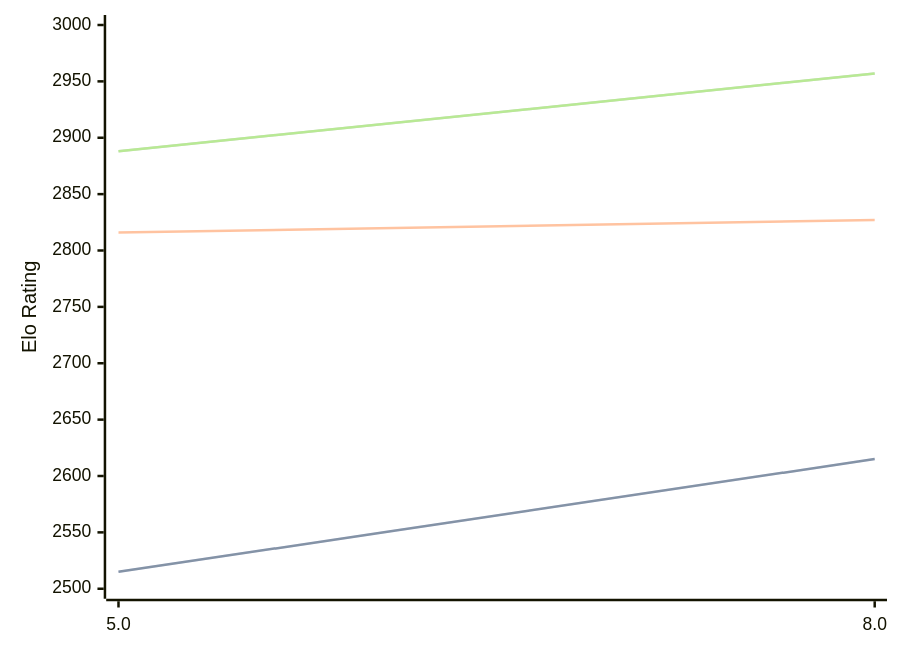
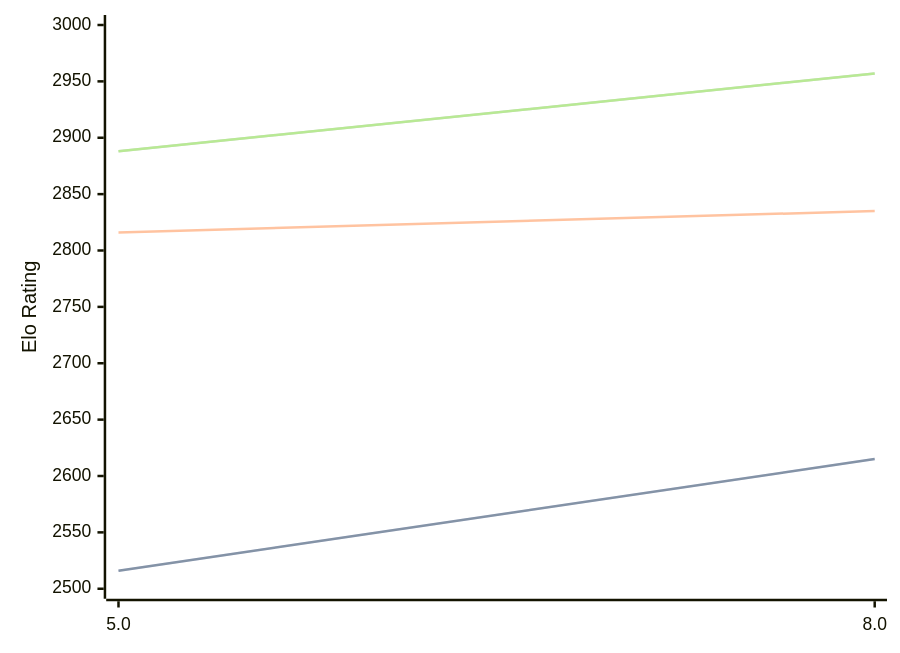
The diagram in engines/4kc.md (computer-chess-index/cci), drawn with Mermaid before and after one commit. The commit also changed other lines of this file, not shown here.

Commit message:
Update CCI Ratings (ELO VLTC) - 2026-03-21

````diff
--- a/engines/4kc.md
+++ b/engines/4kc.md
@@ -41,11 +41,11 @@
 ```mermaid
 %%{init: {"theme":"base","themeVariables":{"seriesColors:['#a3a3a3','#222221','#faa371']}}}%%
 xychart-beta
   x-axis ["5.0", "8.0"]
   y-axis "Elo Rating" 2500 --> 3000
-  line "STC (8.0+0.08s)" [2515, 2615]
-  line "STC (8.0+0.08s)" [2515, 2615]
-  line "LTC (60.0+0.60s)" [2816, 2827]
+  line "STC (8.0+0.08s)" [2516, 2615]
+  line "STC (8.0+0.08s)" [2516, 2615]
+  line "LTC (60.0+0.60s)" [2816, 2835]
   line "VLTC (2m24s+1.12s)" [2888, 2957]
   line "VLTC (2m24s+1.12s)" [2888, 2957]
 ```
````
